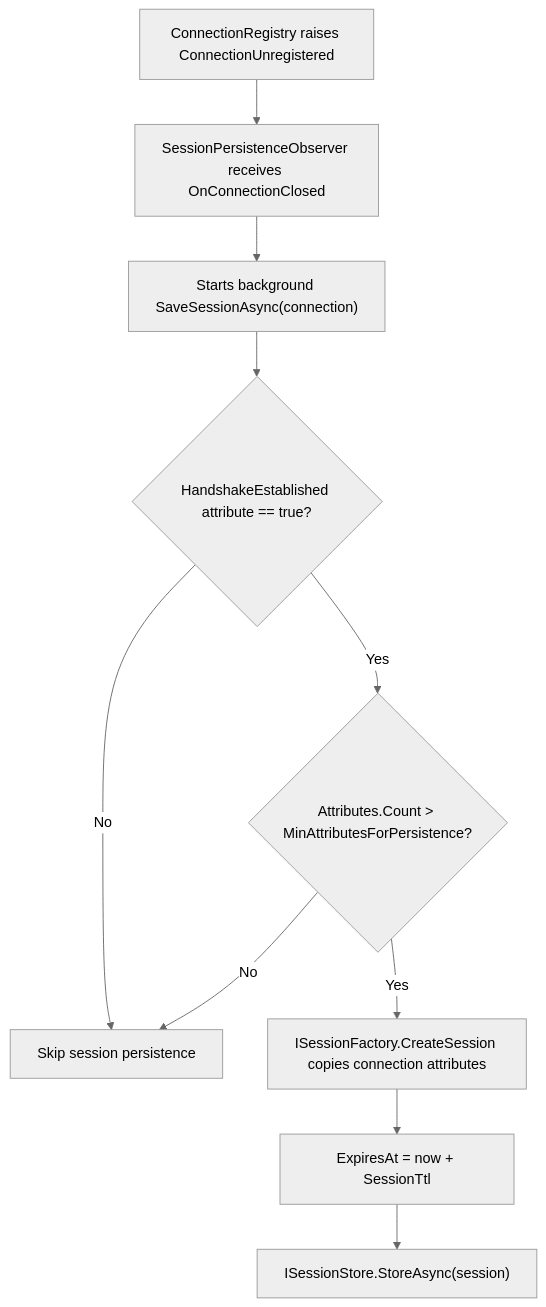
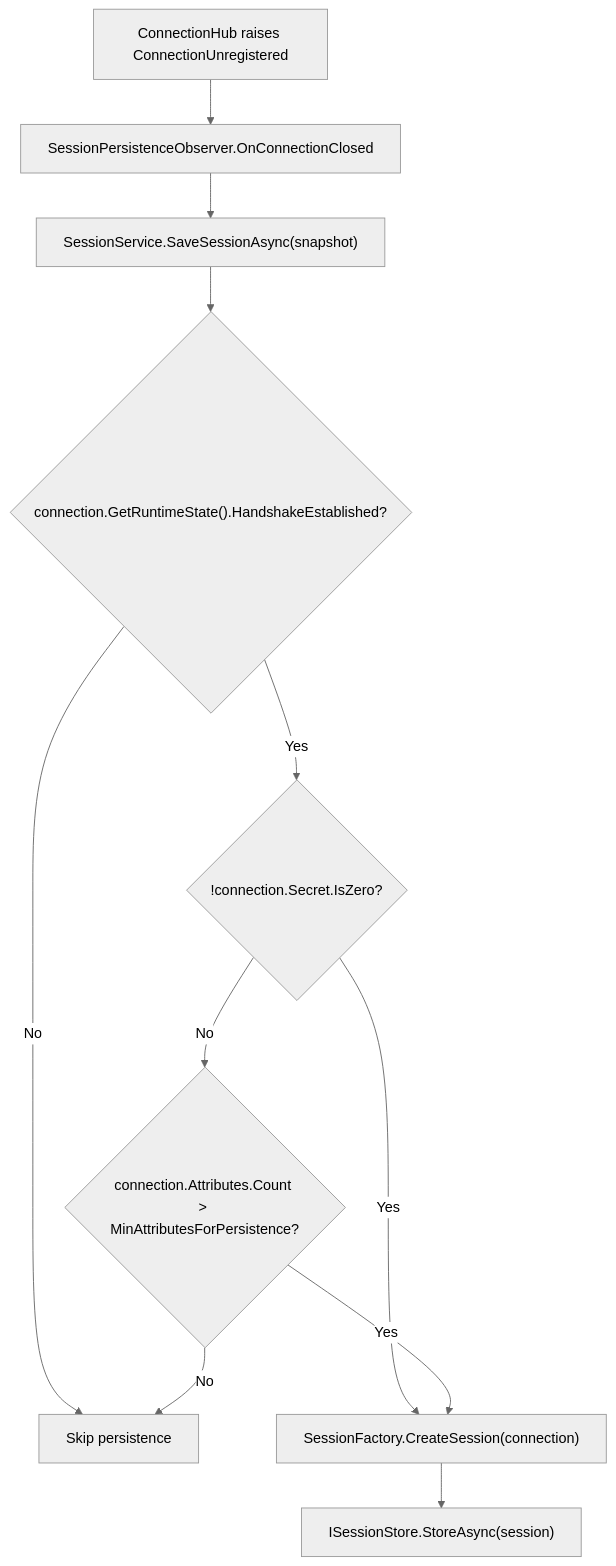
Before and after one commit to ppn-systems/nalix-docs: the diagram in src/content/docs/en-us/api/options/network/session-store-options.md, drawn with Mermaid (neutral theme). The commit also changed other lines of this file and 180 other files, not shown here.

````diff
--- a/src/content/docs/en-us/api/options/network/session-store-options.md
+++ b/src/content/docs/en-us/api/options/network/session-store-options.md
@@ -43,12 +37,13 @@
 ```mermaid
 flowchart TD
-    A["ConnectionRegistry raises ConnectionUnregistered"] --> B["SessionPersistenceObserver receives OnConnectionClosed"]
-    B --> C["Starts background SaveSessionAsync(connection)"]
-    C --> D{"HandshakeEstablished attribute == true?"}
-    D -->|No| Z["Skip session persistence"]
-    D -->|Yes| E{"Attributes.Count > MinAttributesForPersistence?"}
+    A["ConnectionHub raises ConnectionUnregistered"] --> B["SessionPersistenceObserver.OnConnectionClosed"]
+    B --> C["SessionService.SaveSessionAsync(snapshot)"]
+    C --> D{"connection.GetRuntimeState().HandshakeEstablished?"}
+    D -->|No| Z["Skip persistence"]
+    D -->|Yes| S{"!connection.Secret.IsZero?"}
+    S -->|Yes| F["SessionFactory.CreateSession(connection)"]
+    S -->|No| E{"connection.Attributes.Count > MinAttributesForPersistence?"}
     E -->|No| Z
-    E -->|Yes| F["ISessionFactory.CreateSession copies connection attributes"]
-    F --> G["ExpiresAt = now + SessionTtl"]
-    G --> H["ISessionStore.StoreAsync(session)"]
+    E -->|Yes| F
+    F --> G["ISessionStore.StoreAsync(session)"]
 ```
````
